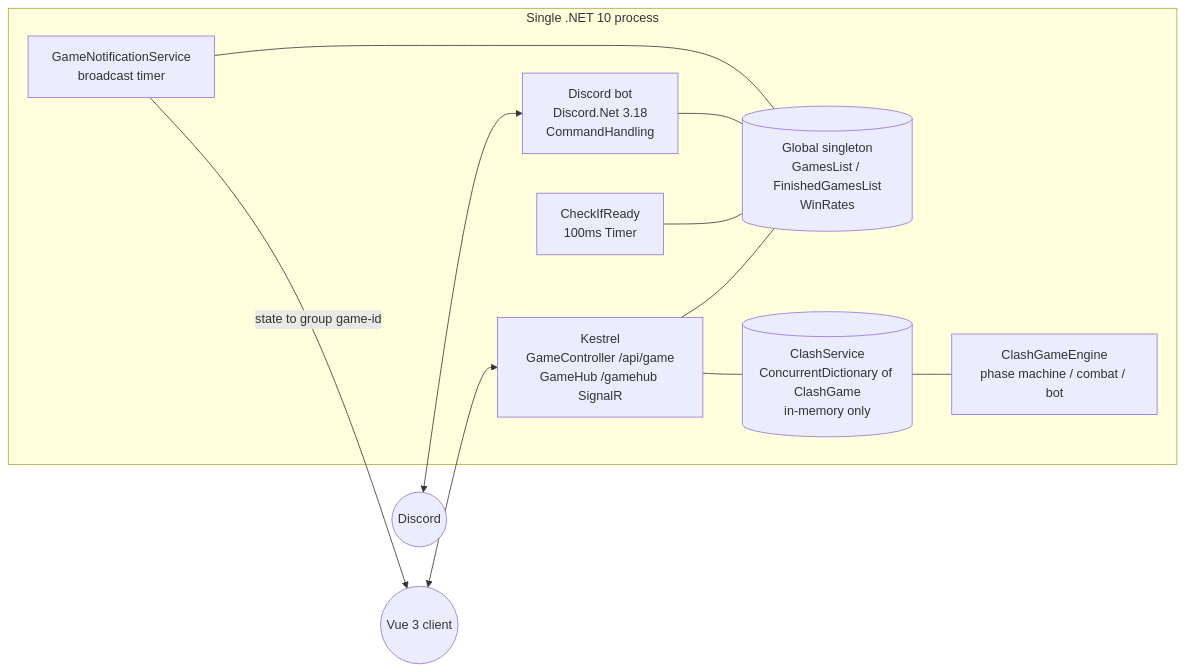
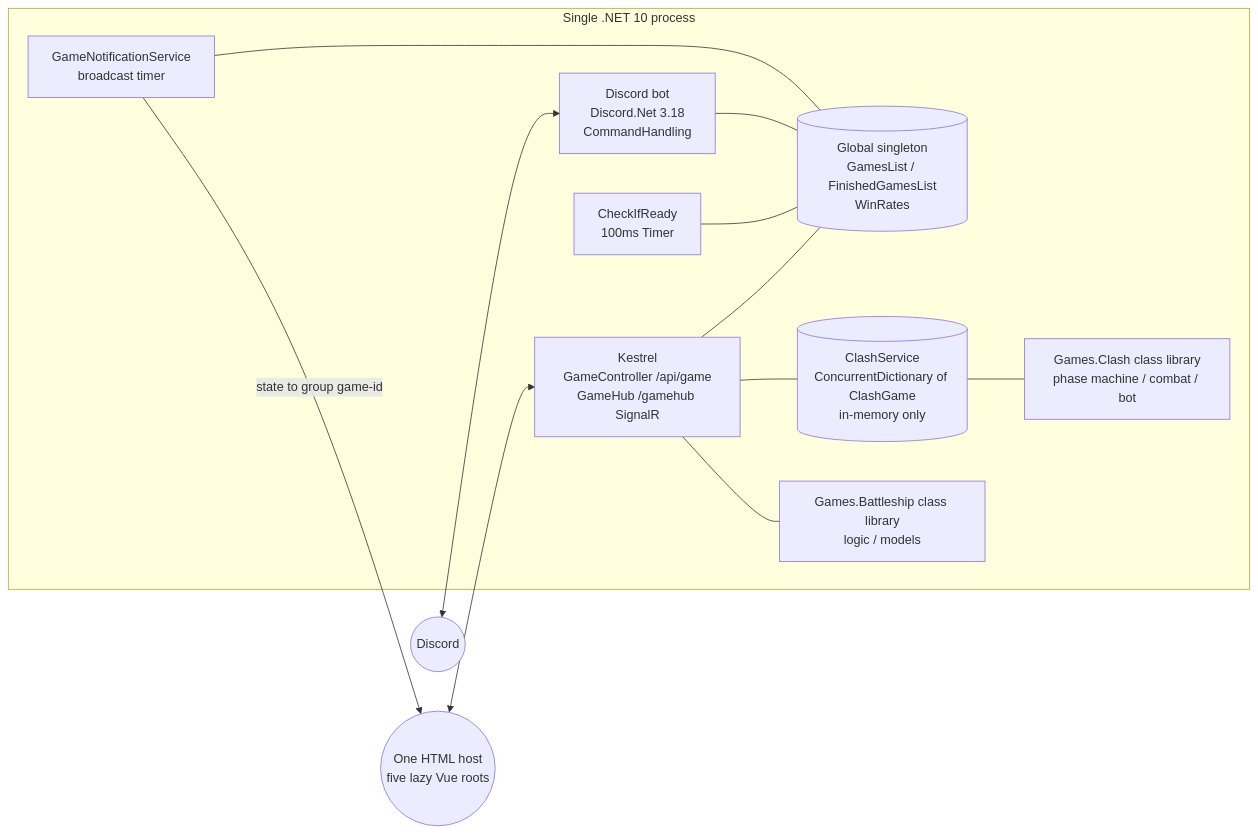
The first of 2 diagrams in docs/ARCHITECTURE.md (akulihin/King-of-the-Garbage-Hill), drawn with Mermaid before and after one commit. The commit also changed other lines of this file and 100 other files, not shown here.

````diff
--- a/docs/ARCHITECTURE.md
+++ b/docs/ARCHITECTURE.md
@@ -9,14 +9,15 @@
 ```mermaid
 flowchart LR
     subgraph proc[Single .NET 10 process]
         DB[Discord bot<br/>Discord.Net 3.18<br/>CommandHandling] --- GLOB[(Global singleton<br/>GamesList / FinishedGamesList<br/>WinRates)]
         WEB[Kestrel<br/>GameController /api/game<br/>GameHub /gamehub SignalR] --- GLOB
         TIMER[CheckIfReady<br/>100ms Timer] --- GLOB
         NOTIF[GameNotificationService<br/>broadcast timer] --- GLOB
         WEB --- CLASH[("ClashService<br/>ConcurrentDictionary of ClashGame<br/>in-memory only")]
-        CLASH --- CENGINE["ClashGameEngine<br/>phase machine / combat / bot"]
+        CLASH --- CENGINE["Games.Clash class library<br/>phase machine / combat / bot"]
+        WEB --- BSENGINE["Games.Battleship class library<br/>logic / models"]
     end
     DISCORD((Discord)) <--> DB
-    BROWSER((Vue 3 client)) <--> WEB
+    BROWSER(("One HTML host<br/>five lazy Vue roots")) <--> WEB
     NOTIF -->|state to group game-id| BROWSER
 ```
````
